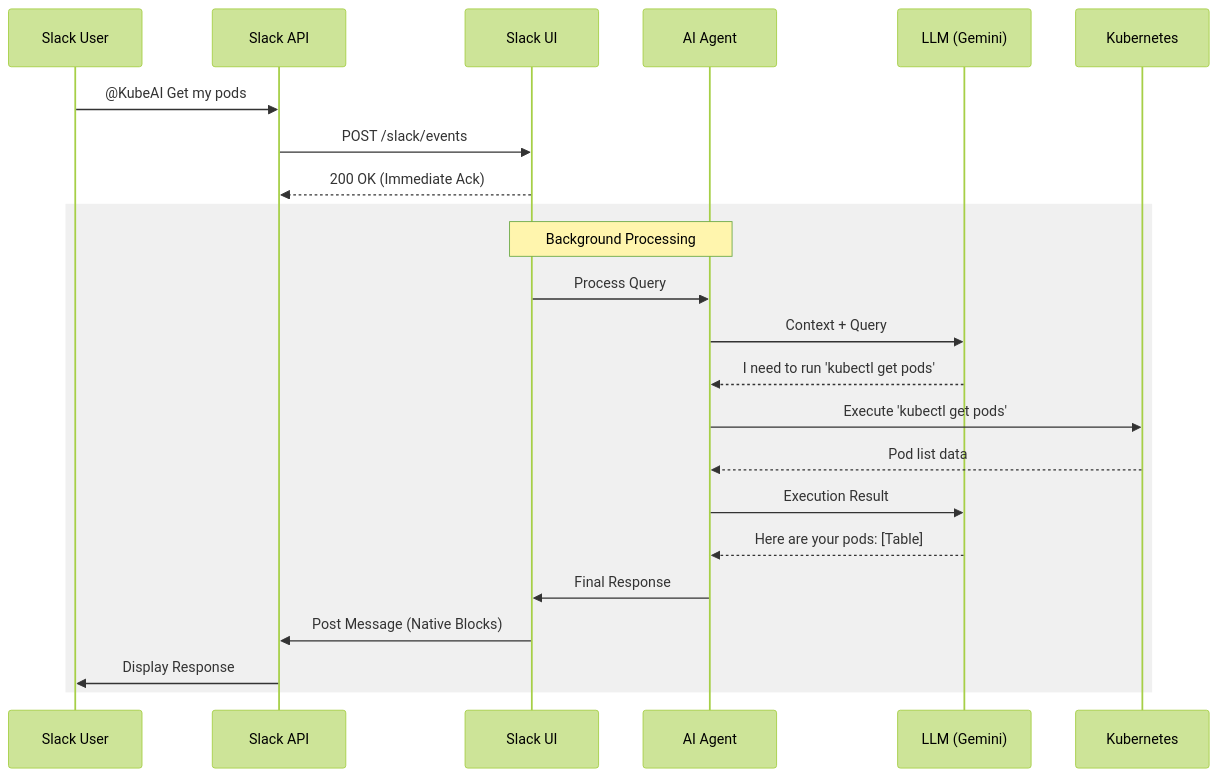
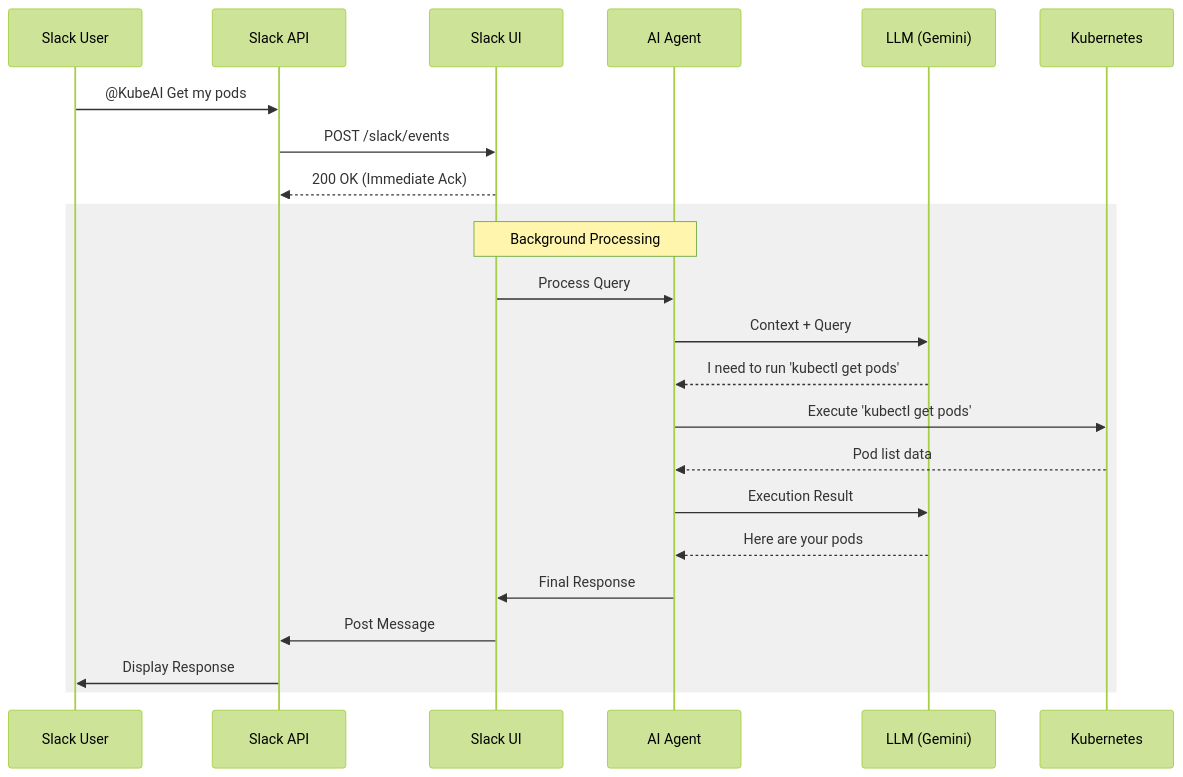
The third of 3 diagrams in docs/architecture.md (KongZ/kubeai-chatbot), drawn with Mermaid (forest theme) before and after one commit. The commit also changed 10 other files, not shown here.

````diff
--- a/docs/architecture.md
+++ b/docs/architecture.md
@@ -77,27 +77,27 @@
 ```mermaid
 sequenceDiagram
     participant U as Slack User
     participant S as Slack API
     participant UI as Slack UI
     participant Ag as AI Agent
     participant L as LLM (Gemini)
     participant K as Kubernetes
 
     U->>S: @KubeAI Get my pods
     S->>UI: POST /slack/events
     UI-->>S: 200 OK (Immediate Ack)
     
     rect rgb(240, 240, 240)
     Note over UI,Ag: Background Processing
     UI->>Ag: Process Query
     Ag->>L: Context + Query
     L-->>Ag: I need to run 'kubectl get pods'
     Ag->>K: Execute 'kubectl get pods'
     K-->>Ag: Pod list data
     Ag->>L: Execution Result
-    L-->>Ag: Here are your pods: [Table]
+    L-->>Ag: Here are your pods
     Ag->>UI: Final Response
-    UI->>S: Post Message (Native Blocks)
+    UI->>S: Post Message
     S->>U: Display Response
     end
 ```
````
